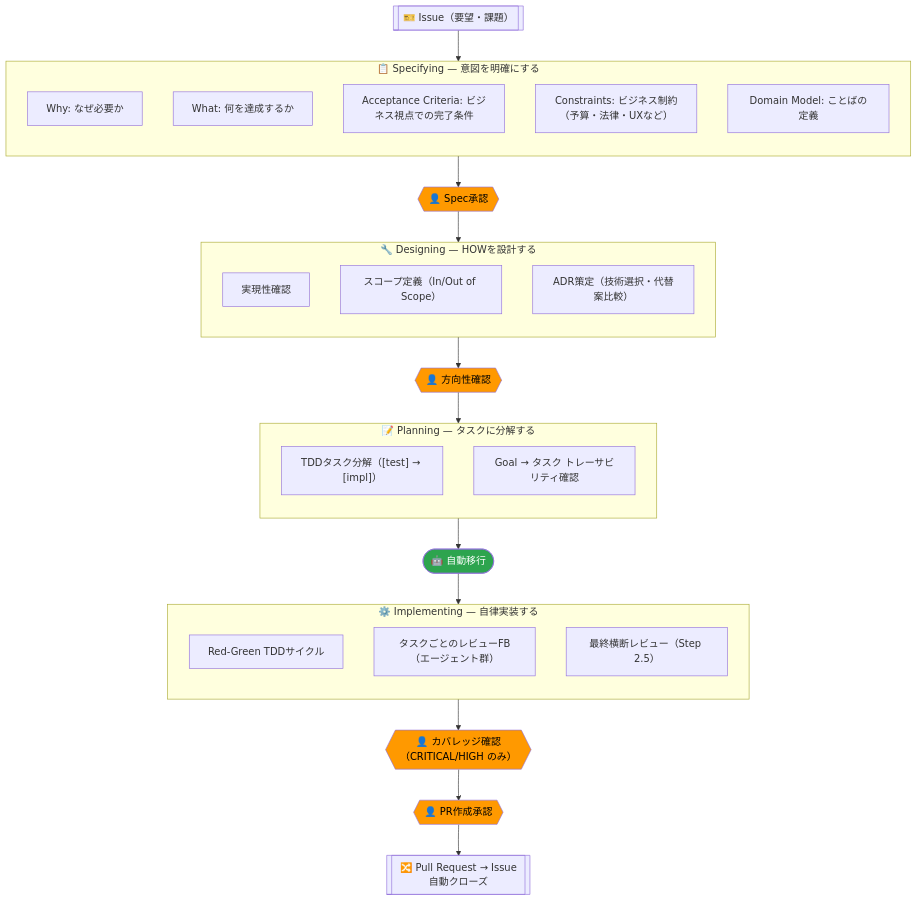
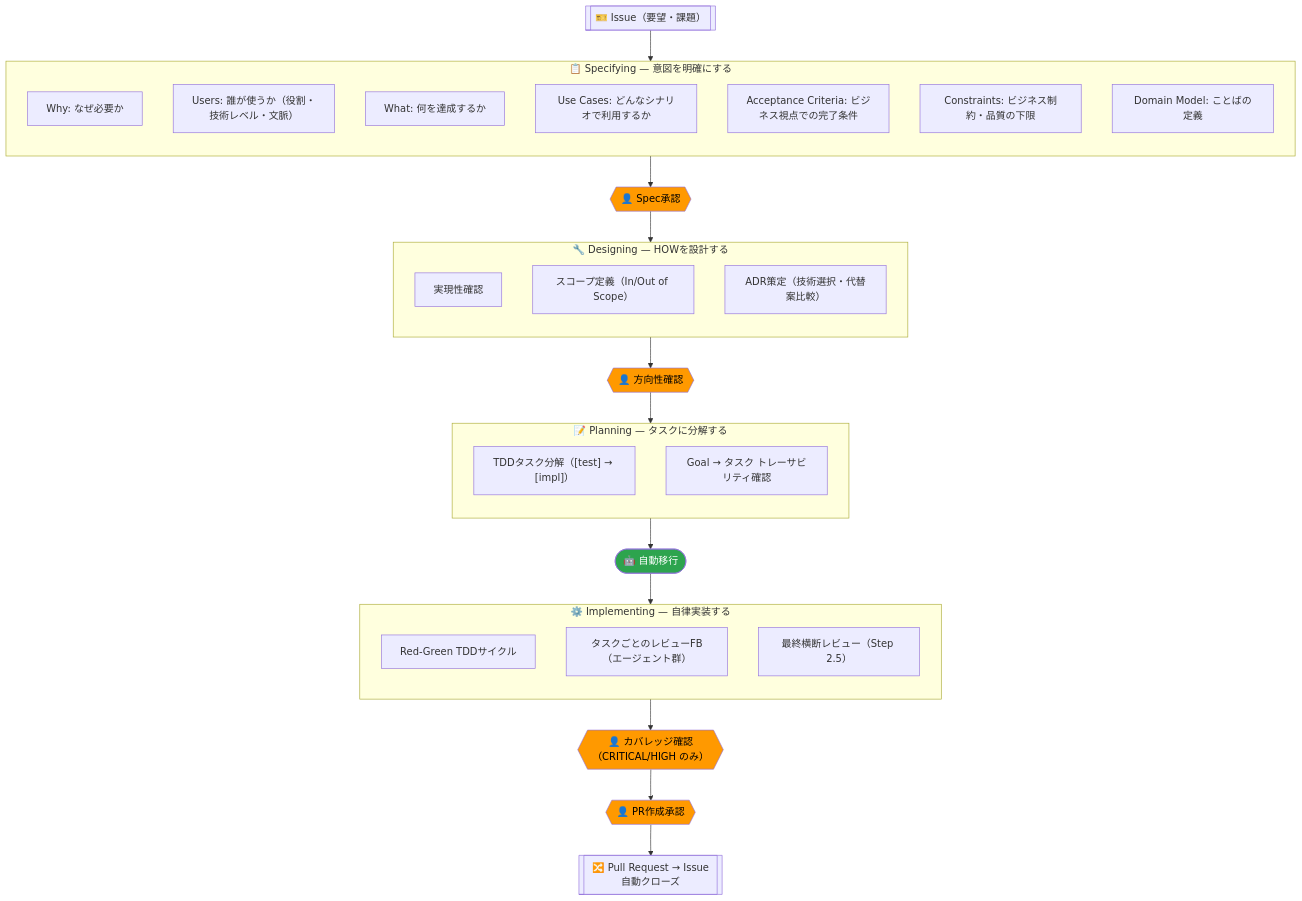
One commit to kogatakanori/skills changed the first of 4 diagrams in plugins/arc/docs/arc-flow.md. Above: the diagram before and after it, drawn with Mermaid. The commit also changed other lines of this file and 3 other files, not shown here.

First line of the commit message:
feat(arc): SpecにUsers（誰が使うか）とUse Cases（ユースケース）を追加

````diff
--- a/plugins/arc/docs/arc-flow.md
+++ b/plugins/arc/docs/arc-flow.md
@@ -61,51 +61,53 @@
 ```mermaid
 flowchart TD
     Issue[["🎫 Issue（要望・課題）"]]
 
     subgraph S["📋 Specifying — 意図を明確にする"]
         direction TB
         s1["Why: なぜ必要か"]
+        s6["Users: 誰が使うか（役割・技術レベル・文脈）"]
         s2["What: 何を達成するか"]
+        s7["Use Cases: どんなシナリオで利用するか"]
         s3["Acceptance Criteria: ビジネス視点での完了条件"]
-        s4["Constraints: ビジネス制約（予算・法律・UXなど）"]
+        s4["Constraints: ビジネス制約・品質の下限"]
         s5["Domain Model: ことばの定義"]
     end
 
     HG1{{"👤 Spec承認"}}
 
     subgraph D["🔧 Designing — HOWを設計する"]
         direction TB
         d1["実現性確認"]
         d2["スコープ定義（In/Out of Scope）"]
         d3["ADR策定（技術選択・代替案比較）"]
     end
 
     HG2{{"👤 方向性確認"}}
 
     subgraph P["📝 Planning — タスクに分解する"]
         direction TB
         p1["TDDタスク分解（[test] → [impl]）"]
         p2["Goal → タスク トレーサビリティ確認"]
     end
 
     AUTO(["🤖 自動移行"])
 
     subgraph I["⚙️ Implementing — 自律実装する"]
         direction TB
         i1["Red-Green TDDサイクル"]
         i2["タスクごとのレビューFB（エージェント群）"]
         i3["最終横断レビュー（Step 2.5）"]
     end
 
     HG3{{"👤 カバレッジ確認\n（CRITICAL/HIGH のみ）"}}
     HG4{{"👤 PR作成承認"}}
     PR[["🔀 Pull Request → Issue自動クローズ"]]
 
     Issue --> S --> HG1 --> D --> HG2 --> P --> AUTO --> I --> HG3 --> HG4 --> PR
 
     style HG1 fill:#ff9900,color:#000
     style HG2 fill:#ff9900,color:#000
     style HG3 fill:#ff9900,color:#000
     style HG4 fill:#ff9900,color:#000
     style AUTO fill:#2da44e,color:#fff
 ```
````
